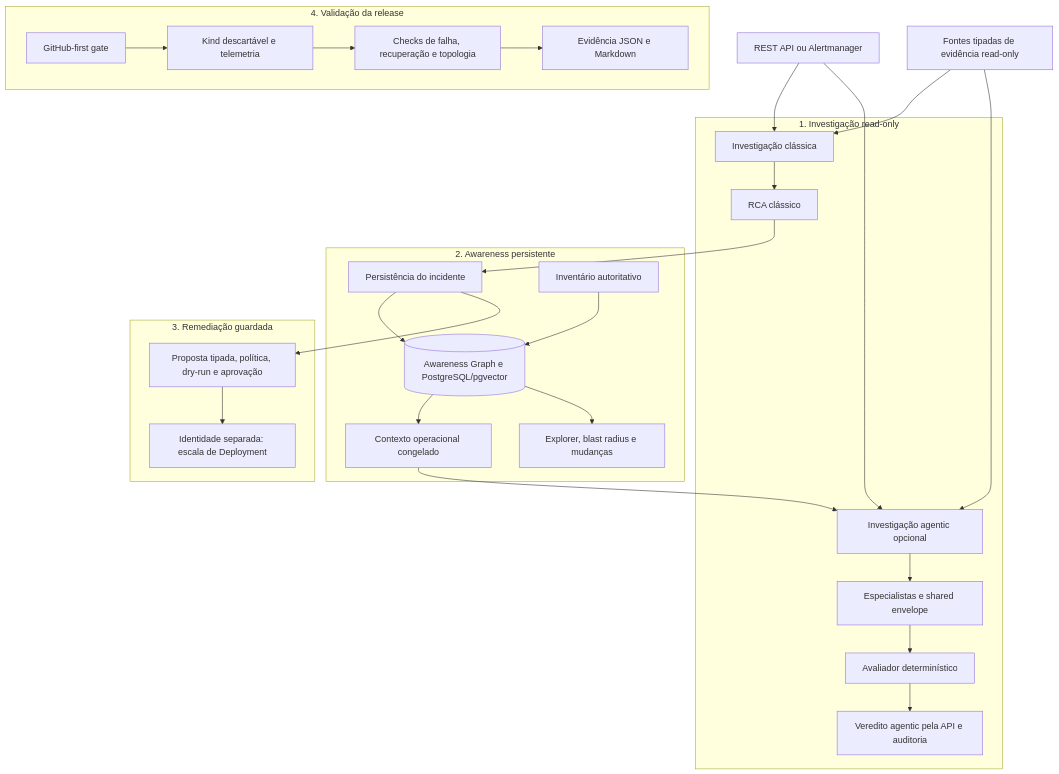
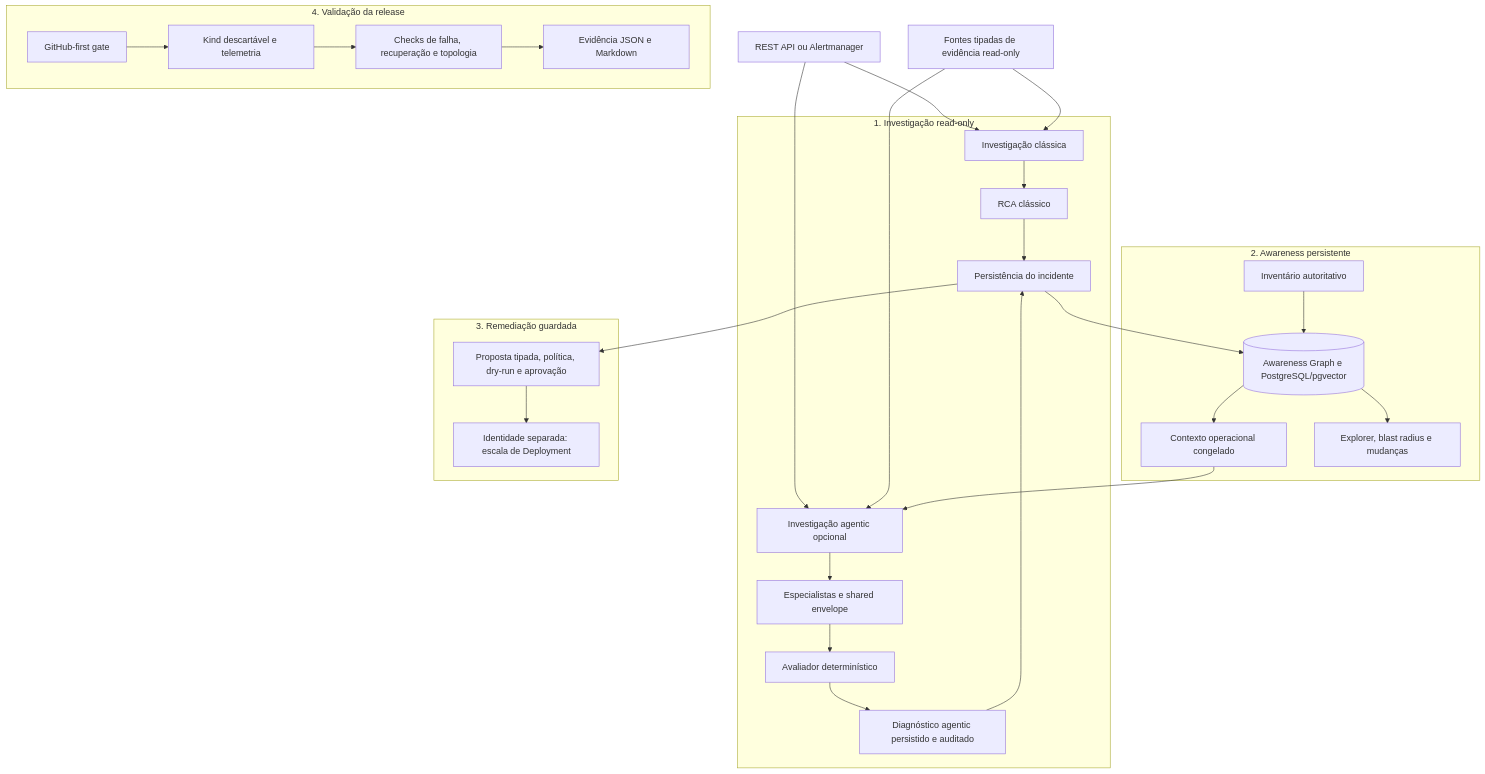
The second of 2 diagrams in README_PT-BR.md (marcocristofolini/ai-sre-rca), drawn with Mermaid before and after one commit. The commit also changed other lines of this file and 17 other files, not shown here.

```diff
--- a/README_PT-BR.md
+++ b/README_PT-BR.md
@@ -100,30 +101,31 @@
 ~~~mermaid
 flowchart TD
     IN["REST API ou Alertmanager"] --> CORE["Investigação clássica"]
     IN --> PLAN["Investigação agentic opcional"]
     SRC["Fontes tipadas de evidência read-only"] --> CORE
     SRC --> PLAN
     subgraph READ["1. Investigação read-only"]
       CORE --> RCA["RCA clássico"]
       PLAN --> ENV["Especialistas e shared envelope"]
       ENV --> EVAL["Avaliador determinístico"]
-      EVAL --> AR["Veredito agentic pela API e auditoria"]
+      EVAL --> AR["Diagnóstico agentic persistido e auditado"]
+      AR --> STORE
     end
     subgraph AWARE["2. Awareness persistente"]
       RCA --> STORE["Persistência do incidente"]
       STORE --> PAG[("Awareness Graph e PostgreSQL/pgvector")]
       INV["Inventário autoritativo"] --> PAG
       PAG --> CTX["Contexto operacional congelado"]
       CTX --> PLAN
       PAG --> VIEW["Explorer, blast radius e mudanças"]
     end
     subgraph REM["3. Remediação guardada"]
       STORE --> POLICY["Proposta tipada, política, dry-run e aprovação"]
       POLICY --> ACT["Identidade separada: escala de Deployment"]
     end
     subgraph VAL["4. Validação da release"]
       GH["GitHub-first gate"] --> KIND["Kind descartável e telemetria"]
       KIND --> HAR["Checks de falha, recuperação e topologia"]
       HAR --> REP["Evidência JSON e Markdown"]
     end
 ~~~
```
